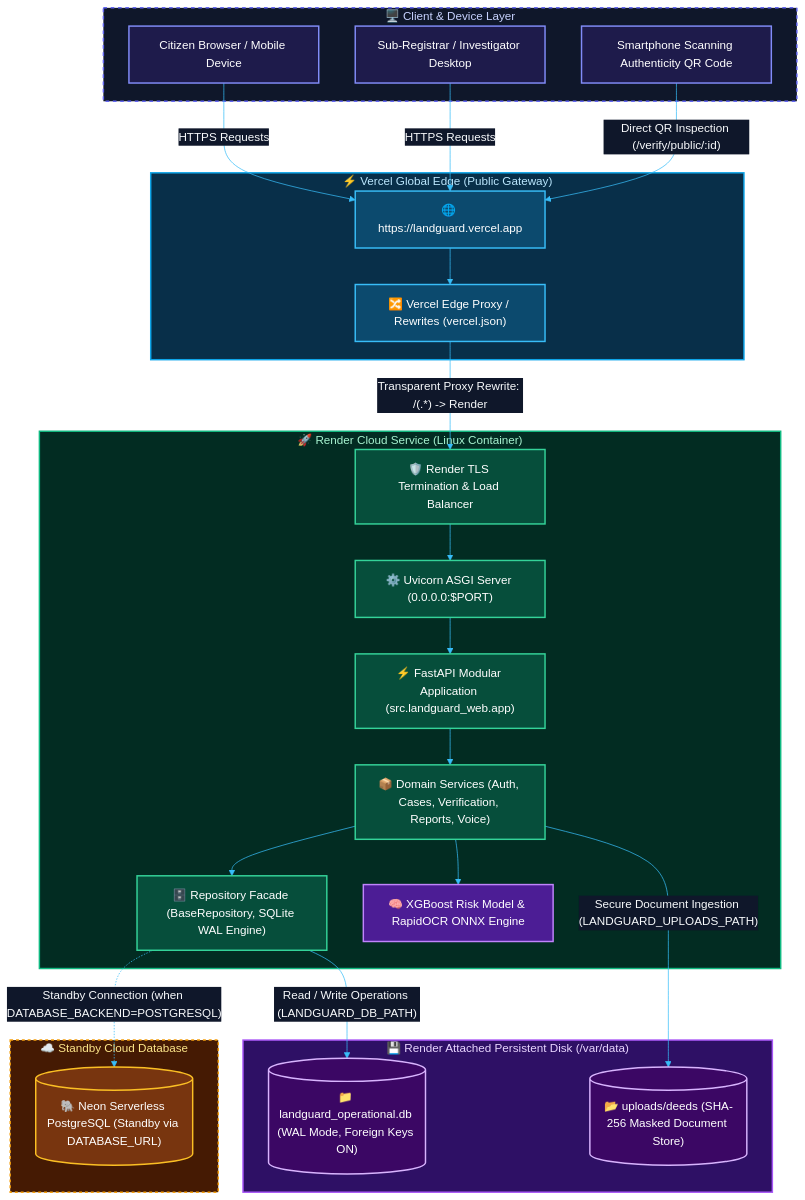
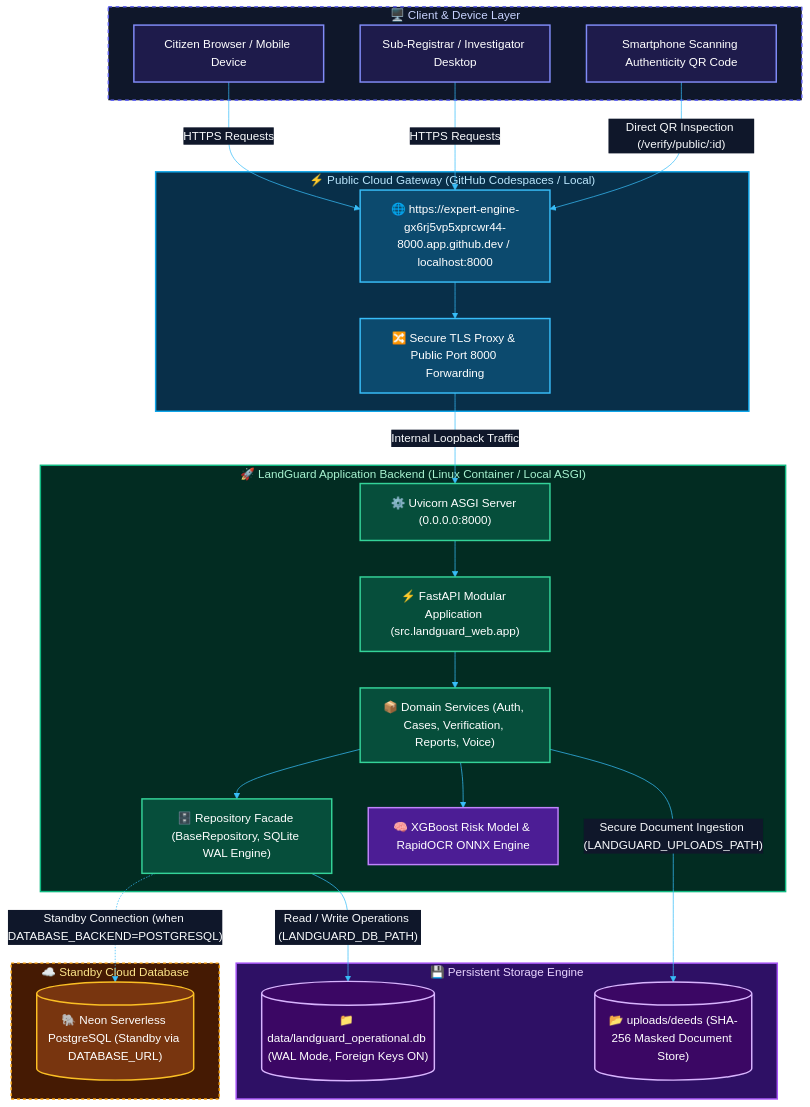
Before and after one commit to ashik123-a1/Land-Guard: the first of 5 diagrams in README.md, drawn with Mermaid. The commit also changed other lines of this file and 1 other file, not shown here.

Commit message:
docs: replace residual Vercel/Render references with GitHub Codespaces and local ASGI architecture in README and ARCHITECTURE

````diff
--- a/README.md
+++ b/README.md
@@ -150,72 +150,70 @@
 ```mermaid
 %%{init: {
   'theme': 'base',
   'themeVariables': {
     'primaryColor': '#1e293b',
     'primaryTextColor': '#f8fafc',
     'primaryBorderColor': '#38bdf8',
     'lineColor': '#38bdf8',
     'secondaryColor': '#0f172a',
     'tertiaryColor': '#1e1b4b',
     'fontFamily': 'Inter, system-ui, sans-serif'
   }
 }}%%
 flowchart TD
     classDef client fill:#1e1b4b,stroke:#818cf8,stroke-width:2px,color:#ffffff;
     classDef edgeGateway fill:#0c4a6e,stroke:#38bdf8,stroke-width:2px,color:#ffffff;
     classDef backend fill:#064e3b,stroke:#34d399,stroke-width:2px,color:#ffffff;
     classDef aiEngine fill:#4c1d95,stroke:#c084fc,stroke-width:2px,color:#ffffff;
     classDef storage fill:#3b0764,stroke:#d8b4fe,stroke-width:2px,color:#ffffff;
     classDef standby fill:#78350f,stroke:#fbbf24,stroke-width:2px,color:#ffffff;
 
     subgraph ClientLayer["🖥️ Client & Device Layer"]
         CitizenBrowser["Citizen Browser / Mobile Device"]:::client
         RegistrarDesktop["Sub-Registrar / Investigator Desktop"]:::client
         PublicScanner["Smartphone Scanning Authenticity QR Code"]:::client
     end
 
-    subgraph VercelEdge["⚡ Vercel Global Edge (Public Gateway)"]
-        VercelDNS["🌐 https://landguard.vercel.app"]:::edgeGateway
-        VercelProxy["🔀 Vercel Edge Proxy / Rewrites (vercel.json)"]:::edgeGateway
-        VercelDNS --> VercelProxy
+    subgraph CloudGateway["⚡ Public Cloud Gateway (GitHub Codespaces / Local)"]
+        LiveEndpoint["🌐 https://expert-engine-gx6rj5vp5xprcwr44-8000.app.github.dev / localhost:8000"]:::edgeGateway
+        PortGateway["🔀 Secure TLS Proxy & Public Port 8000 Forwarding"]:::edgeGateway
+        LiveEndpoint --> PortGateway
     end
 
-    subgraph RenderBackend["🚀 Render Cloud Service (Linux Container)"]
-        RenderLB["🛡️ Render TLS Termination & Load Balancer"]:::backend
-        UvicornASGI["⚙️ Uvicorn ASGI Server (0.0.0.0:$PORT)"]:::backend
+    subgraph AppBackend["🚀 LandGuard Application Backend (Linux Container / Local ASGI)"]
+        UvicornASGI["⚙️ Uvicorn ASGI Server (0.0.0.0:8000)"]:::backend
         FastAPIApp["⚡ FastAPI Modular Application (src.landguard_web.app)"]:::backend
         DomainServices["📦 Domain Services (Auth, Cases, Verification, Reports, Voice)"]:::backend
         Repositories["🗄️ Repository Facade (BaseRepository, SQLite WAL Engine)"]:::backend
         XGBoostEngine["🧠 XGBoost Risk Model & RapidOCR ONNX Engine"]:::aiEngine
 
-        RenderLB --> UvicornASGI
         UvicornASGI --> FastAPIApp
         FastAPIApp --> DomainServices
         DomainServices --> Repositories
         DomainServices --> XGBoostEngine
     end
 
-    subgraph RenderStorage["💾 Render Attached Persistent Disk (/var/data)"]
-        OperationalDB[("📁 landguard_operational.db (WAL Mode, Foreign Keys ON)")]:::storage
+    subgraph AppStorage["💾 Persistent Storage Engine"]
+        OperationalDB[("📁 data/landguard_operational.db (WAL Mode, Foreign Keys ON)")]:::storage
         UploadsStorage[("📂 uploads/deeds (SHA-256 Masked Document Store)")]:::storage
     end
 
     subgraph StandbyDatabase["☁️ Standby Cloud Database"]
         NeonPostgres[("🐘 Neon Serverless PostgreSQL (Standby via DATABASE_URL)")]:::standby
     end
 
-    CitizenBrowser -->|"HTTPS Requests"| VercelDNS
-    RegistrarDesktop -->|"HTTPS Requests"| VercelDNS
-    PublicScanner -->|"Direct QR Inspection (/verify/public/:id)"| VercelDNS
+    CitizenBrowser -->|"HTTPS Requests"| LiveEndpoint
+    RegistrarDesktop -->|"HTTPS Requests"| LiveEndpoint
+    PublicScanner -->|"Direct QR Inspection (/verify/public/:id)"| LiveEndpoint
 
-    VercelProxy -->|"Transparent Proxy Rewrite: /(.*) -> Render"| RenderLB
+    PortGateway -->|"Internal Loopback Traffic"| UvicornASGI
     Repositories -->|"Read / Write Operations (LANDGUARD_DB_PATH)"| OperationalDB
     DomainServices -->|"Secure Document Ingestion (LANDGUARD_UPLOADS_PATH)"| UploadsStorage
     Repositories -.->|"Standby Connection (when DATABASE_BACKEND=POSTGRESQL)"| NeonPostgres
 
     style ClientLayer fill:#0f172a,stroke:#6366f1,stroke-width:2px,stroke-dasharray: 5 5,color:#c7d2fe
-    style VercelEdge fill:#082f49,stroke:#0ea5e9,stroke-width:2px,color:#bae6fd
-    style RenderBackend fill:#022c22,stroke:#10b981,stroke-width:2px,color:#a7f3d0
-    style RenderStorage fill:#2e1065,stroke:#a855f7,stroke-width:2px,color:#e9d5ff
+    style CloudGateway fill:#082f49,stroke:#0ea5e9,stroke-width:2px,color:#bae6fd
+    style AppBackend fill:#022c22,stroke:#10b981,stroke-width:2px,color:#a7f3d0
+    style AppStorage fill:#2e1065,stroke:#a855f7,stroke-width:2px,color:#e9d5ff
     style StandbyDatabase fill:#451a03,stroke:#f59e0b,stroke-width:2px,stroke-dasharray: 4 4,color:#fde68a
 ```
````
